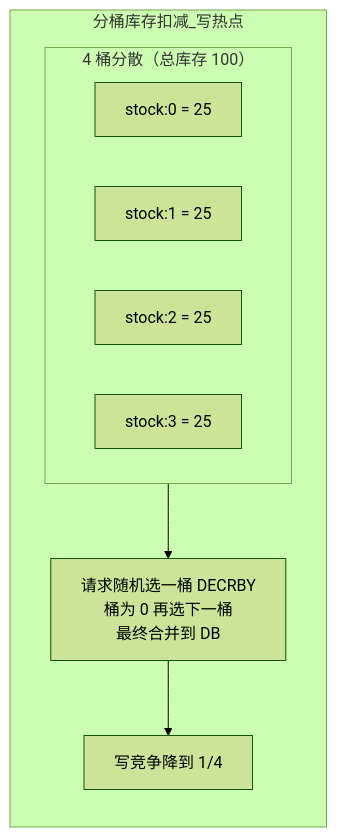
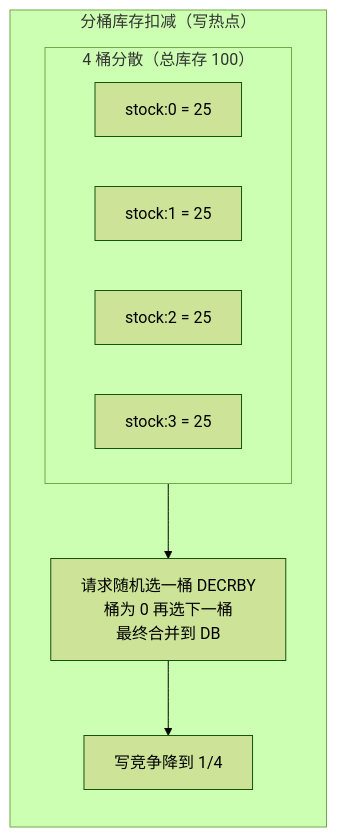
The fifth of 6 diagrams in 17-场景题/01-高并发与并发场景.md (raoooooooo/java_knowledge), drawn with Mermaid (forest theme) before and after one commit. The commit also changed other lines of this file and 3 other files, not shown here.

First line of the commit message:
docs(architecture): ASCII图表转mermaid——场景题四章

````diff
--- a/17-场景题/01-高并发与并发场景.md
+++ b/17-场景题/01-高并发与并发场景.md
@@ -457,16 +457,16 @@
 ```mermaid
 graph LR
-    subgraph 分桶库存扣减_写热点
+    subgraph bucket_deduct["分桶库存扣减（写热点）"]
         direction TB
         subgraph buckets["4 桶分散（总库存 100）"]
             direction LR
             B0[stock:0 = 25]
             B1[stock:1 = 25]
             B2[stock:2 = 25]
             B3[stock:3 = 25]
         end
         Rule["请求随机选一桶 DECRBY<br/>桶为 0 再选下一桶<br/>最终合并到 DB"]
         Result["写竞争降到 1/4"]
         buckets --> Rule --> Result
     end
 ```
````
